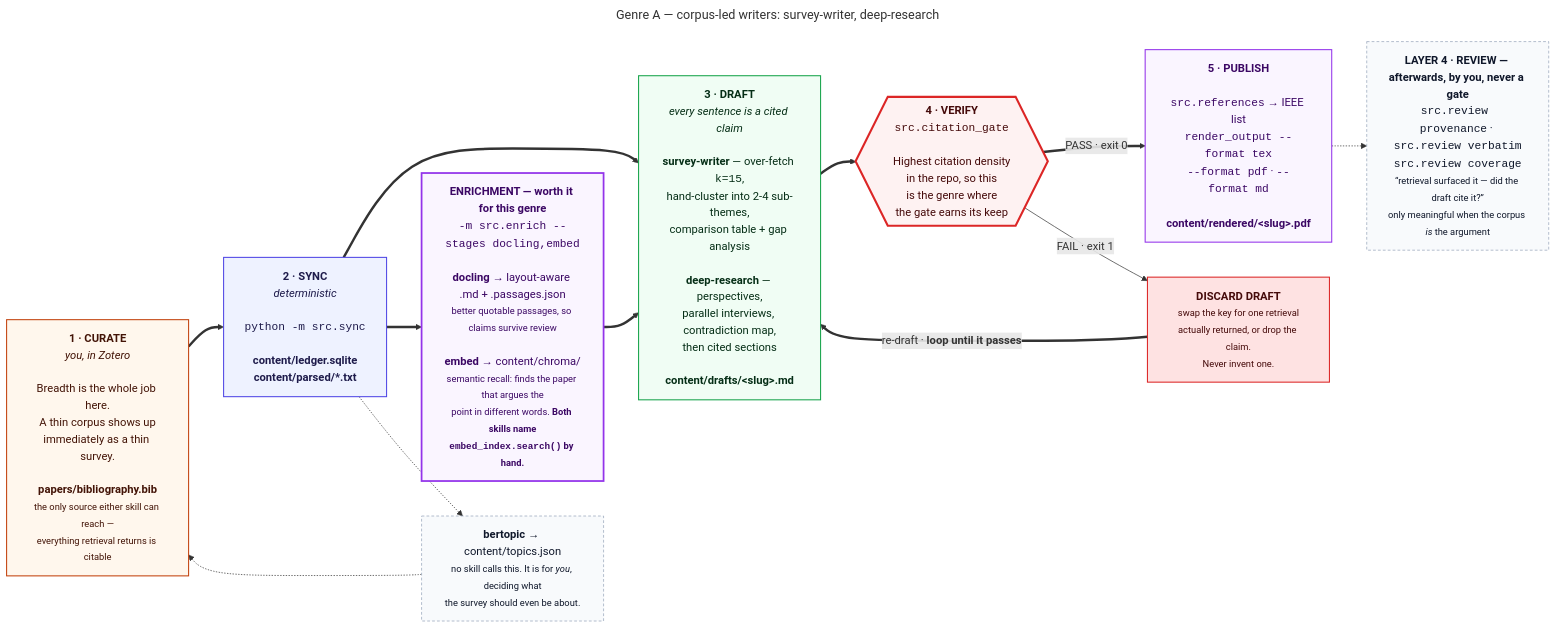
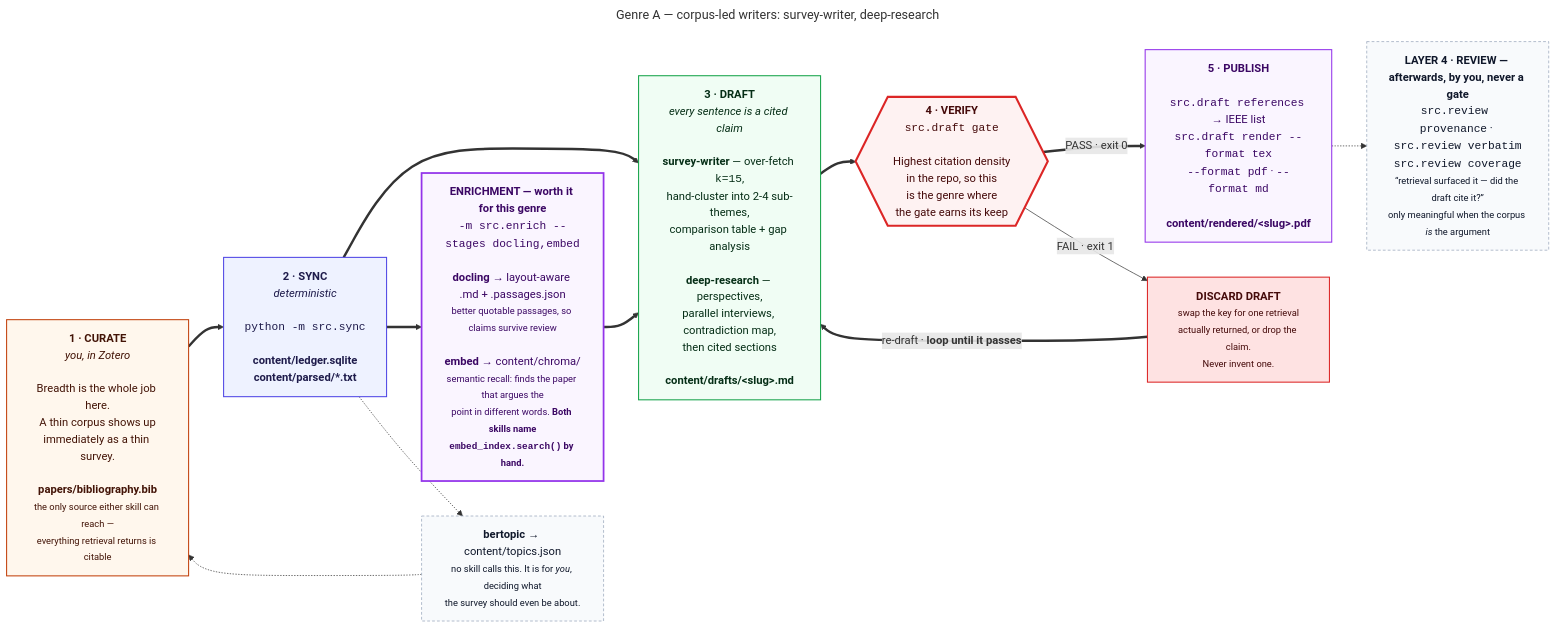
Before and after one commit to prasadtalasila/chitragupta: the diagram in docs/diagrams/g1-corpus-led.mmd, drawn with Mermaid. The commit also changed 66 other files, not shown here.

```diff
--- a/docs/diagrams/g1-corpus-led.mmd
+++ b/docs/diagrams/g1-corpus-led.mmd
@@ -1,48 +1,48 @@
 ---
 title: "Genre A — corpus-led writers: survey-writer, deep-research"
 ---
 flowchart LR
 
   P0["<b>1 · CURATE</b><br/><i>you, in Zotero</i><br/><br/>Breadth is the whole job here.<br/>A thin corpus shows up<br/>immediately as a thin survey.<br/><br/><b>papers/bibliography.bib</b><br/><small>the only source either skill can reach —<br/>everything retrieval returns is citable</small>"]
 
   P1["<b>2 · SYNC</b><br/><i>deterministic</i><br/><br/><code>python -m src.sync</code><br/><br/><b>content/ledger.sqlite</b><br/><b>content/parsed/*.txt</b>"]
 
   HEAVY["<b>ENRICHMENT — worth it for this genre</b><br/><code>-m src.enrich --stages docling,embed</code><br/><br/><b>docling</b> → layout-aware .md + .passages.json<br/><small>better quotable passages, so claims survive review</small><br/><br/><b>embed</b> → content/chroma/<br/><small>semantic recall: finds the paper that argues the<br/>point in different words. <b>Both skills name<br/><code>embed_index.search()</code> by hand.</b></small>"]
 
   P2["<b>3 · DRAFT</b><br/><i>every sentence is a cited claim</i><br/><br/><b>survey-writer</b> — over-fetch <code>k=15</code>,<br/>hand-cluster into 2-4 sub-themes,<br/>comparison table + gap analysis<br/><br/><b>deep-research</b> — perspectives,<br/>parallel interviews, contradiction map,<br/>then cited sections<br/><br/><b>content/drafts/&lt;slug&gt;.md</b>"]
 
-  P3{{"<b>4 · VERIFY</b><br/><code>src.citation_gate</code><br/><br/>Highest citation density<br/>in the repo, so this<br/>is the genre where<br/>the gate earns its keep"}}
+  P3{{"<b>4 · VERIFY</b><br/><code>src.draft gate</code><br/><br/>Highest citation density<br/>in the repo, so this<br/>is the genre where<br/>the gate earns its keep"}}
 
   FIX["<b>DISCARD DRAFT</b><br/><small>swap the key for one retrieval<br/>actually returned, or drop the claim.<br/>Never invent one.</small>"]
 
-  P4["<b>5 · PUBLISH</b><br/><br/><code>src.references</code> → IEEE list<br/><code>render_output --format tex</code><br/><code>--format pdf</code> · <code>--format md</code><br/><br/><b>content/rendered/&lt;slug&gt;.pdf</b>"]
+  P4["<b>5 · PUBLISH</b><br/><br/><code>src.draft references</code> → IEEE list<br/><code>src.draft render --format tex</code><br/><code>--format pdf</code> · <code>--format md</code><br/><br/><b>content/rendered/&lt;slug&gt;.pdf</b>"]
 
   AID["<b>LAYER 4 · REVIEW — afterwards, by you, never a gate</b><br/><code>src.review provenance</code> · <code>src.review verbatim</code><br/><code>src.review coverage</code><br/><small>“retrieval surfaced it — did the draft cite it?”<br/>only meaningful when the corpus <i>is</i> the argument</small>"]
 
   BERT["<b>bertopic</b> → content/topics.json<br/><small>no skill calls this. It is for <i>you</i>, deciding what<br/>the survey should even be about.</small>"]
 
   P0 ==> P1 ==> P2 ==> P3
   P1 ==> HEAVY ==> P2
   P3 == "PASS · exit 0" ==> P4
   P3 -- "FAIL · exit 1" --> FIX
   FIX == "re-draft · <b>loop until it passes</b>" ==> P2
   P4 -.-> AID
   P1 -.-> BERT -.-> P0
 
   classDef you fill:#fff7ed,stroke:#c2410c,stroke-width:1.5px,color:#431407
   classDef det fill:#eef2ff,stroke:#4f46e5,stroke-width:1.5px,color:#1e1b4b
   classDef gen fill:#f0fdf4,stroke:#16a34a,stroke-width:1.5px,color:#052e16
   classDef gate fill:#fef2f2,stroke:#dc2626,stroke-width:3px,color:#450a0a
   classDef out fill:#faf5ff,stroke:#9333ea,stroke-width:1.5px,color:#3b0764
   classDef bad fill:#fee2e2,stroke:#dc2626,stroke-width:1.5px,color:#450a0a
   classDef heavy fill:#faf5ff,stroke:#9333ea,stroke-width:2.5px,color:#3b0764
   classDef aid fill:#f8fafc,stroke:#94a3b8,stroke-dasharray:4 3,color:#0f172a
 
   class P0 you
   class P1 det
   class P2 gen
   class P3 gate
   class P4 out
   class FIX bad
   class HEAVY heavy
   class AID,BERT aid
```
